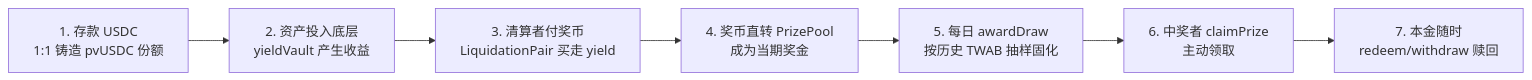
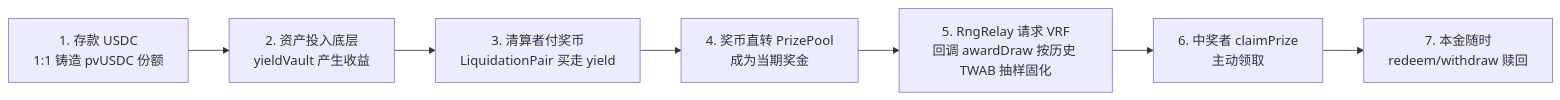
The second of 2 diagrams in docs/architecture/overview.md (xiaokedou5951/prize-savings), drawn with Mermaid before and after one commit. The commit also changed other lines of this file and 1 other file, not shown here.

````diff
--- a/docs/architecture/overview.md
+++ b/docs/architecture/overview.md
@@ -56,9 +56,9 @@
 ```mermaid
 flowchart LR
     A[1. 存款 USDC<br/>1:1 铸造 pvUSDC 份额] --> B[2. 资产投入底层<br/>yieldVault 产生收益]
     B --> C[3. 清算者付奖币<br/>LiquidationPair 买走 yield]
     C --> D[4. 奖币直转 PrizePool<br/>成为当期奖金]
-    D --> E[5. 每日 awardDraw<br/>按历史 TWAB 抽样固化]
+    D --> E[5. RngRelay 请求 VRF<br/>回调 awardDraw 按历史 TWAB 抽样固化]
     E --> F[6. 中奖者 claimPrize<br/>主动领取]
     F --> G[7. 本金随时<br/>redeem/withdraw 赎回]
 ```
````
